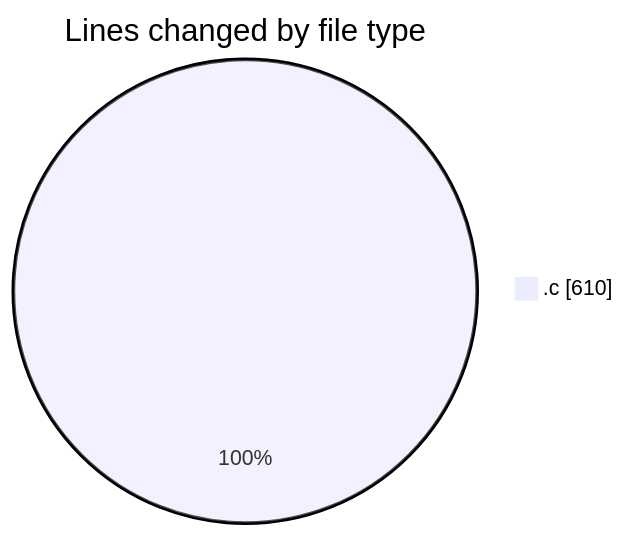
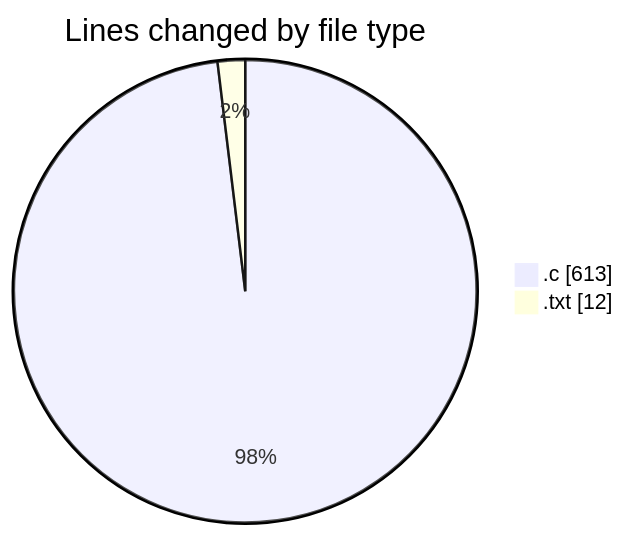
One commit to Ritupan-Deka/code-tracking changed the first of 2 diagrams in 2025-01-26/search/README.md. Above: the diagram before and after it, drawn with Mermaid. The commit also changed other lines of this file and 1 other file, not shown here.

````diff
--- a/2025-01-26/search/README.md
+++ b/2025-01-26/search/README.md
@@ -20,5 +22,6 @@
 ```mermaid
 pie showData
 title Lines changed by file type
-".c" : 610
+".c" : 613
+".txt" : 12
 ```
````
